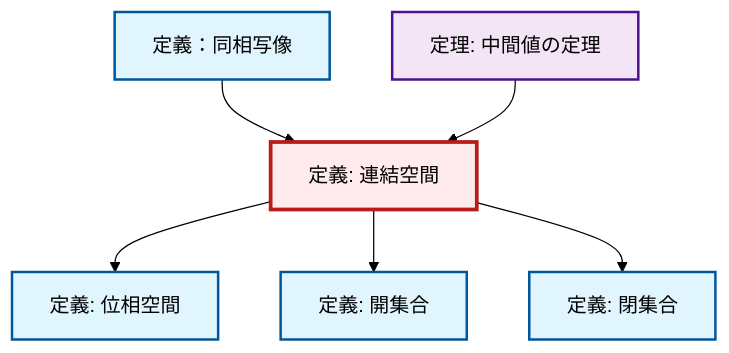
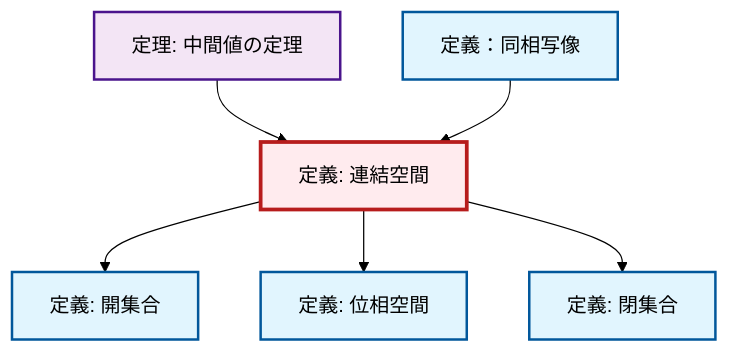
The diagram in content/ja/topology/def-connected.qmd (RK0429/ModernMath), drawn with Mermaid (forest theme) before and after one commit. The commit also changed other lines of this file and 1012 other files, not shown here.

````diff
--- a/content/ja/topology/def-connected.qmd
+++ b/content/ja/topology/def-connected.qmd
@@ -54,26 +54,26 @@
 ```{mermaid}
 %%| fig-cap: "Local dependency graph"
 graph TD
     classDef definition fill:#e1f5fe,stroke:#01579b,stroke-width:2px
     classDef theorem fill:#f3e5f5,stroke:#4a148c,stroke-width:2px
     classDef axiom fill:#fff3e0,stroke:#e65100,stroke-width:2px
     classDef example fill:#e8f5e9,stroke:#1b5e20,stroke-width:2px
     classDef current fill:#ffebee,stroke:#b71c1c,stroke-width:3px
     thm-intermediate-value["定理: 中間値の定理"]:::theorem
+    def-open-set["定義: 開集合"]:::definition
     def-connected["定義: 連結空間"]:::definition
     def-homeomorphism["定義：同相写像"]:::definition
-    def-open-set["定義: 開集合"]:::definition
     def-topological-space["定義: 位相空間"]:::definition
     def-closed-set["定義: 閉集合"]:::definition
+    def-connected --> def-open-set
+    thm-intermediate-value --> def-connected
     def-connected --> def-topological-space
+    def-connected --> def-closed-set
     def-homeomorphism --> def-connected
-    thm-intermediate-value --> def-connected
-    def-connected --> def-open-set
-    def-connected --> def-closed-set
     class def-connected current
     click thm-intermediate-value "thm-intermediate-value.html" "中間値の定理の定理へ"
+    click def-open-set "def-open-set.html" "開集合の定義へ"
     click def-homeomorphism "def-homeomorphism.html" "定義：同相写像へ"
-    click def-open-set "def-open-set.html" "開集合の定義へ"
     click def-topological-space "def-topological-space.html" "位相空間の定義へ"
     click def-closed-set "def-closed-set.html" "閉集合の定義へ"
 ```
````
